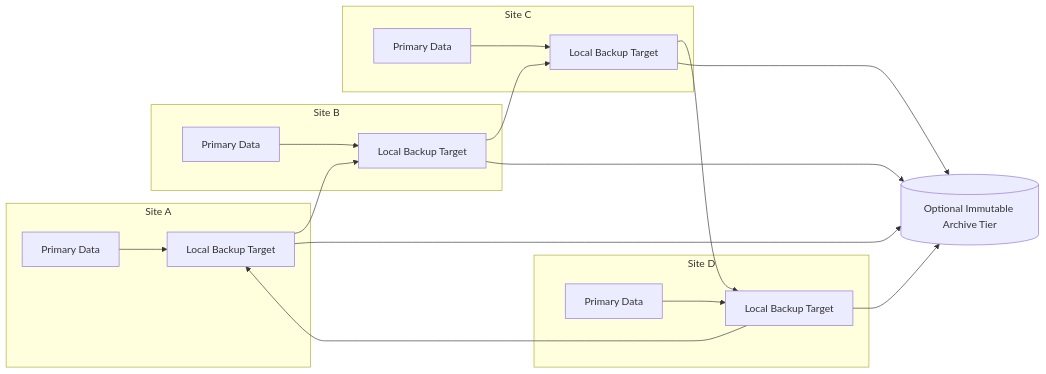
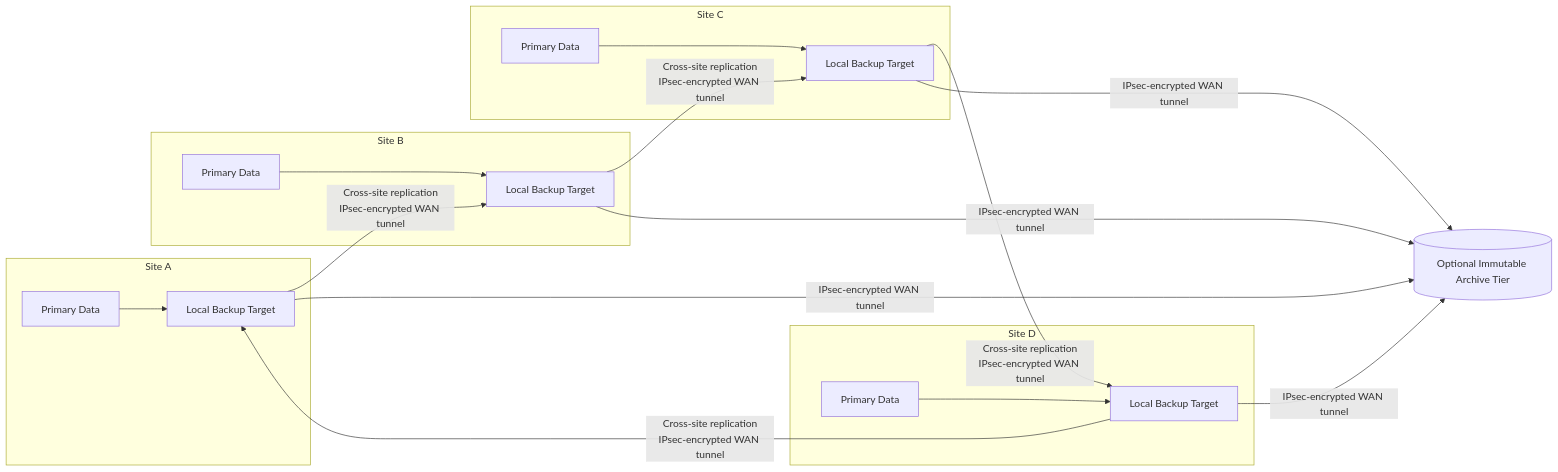
One commit to pancakesaregood/distributed-dc changed the diagram in network-spanned-dc/docs/03_diagrams/backup_dr.mmd.md. Above: the diagram before and after it, drawn with Mermaid. The commit also changed 12 other files, not shown here.

````diff
--- a/network-spanned-dc/docs/03_diagrams/backup_dr.mmd.md
+++ b/network-spanned-dc/docs/03_diagrams/backup_dr.mmd.md
@@ -3,39 +3,39 @@
 ```mermaid
 graph LR
   subgraph SA[Site A]
     A1[Primary Data]
     AB[Local Backup Target]
   end
 
   subgraph SB[Site B]
     B1[Primary Data]
     BB[Local Backup Target]
   end
 
   subgraph SC[Site C]
     C1[Primary Data]
     CB[Local Backup Target]
   end
 
   subgraph SD[Site D]
     D1[Primary Data]
     DB[Local Backup Target]
   end
 
   IMM[(Optional Immutable Archive Tier)]
 
   A1 --> AB
   B1 --> BB
   C1 --> CB
   D1 --> DB
 
-  AB --> BB
-  BB --> CB
-  CB --> DB
-  DB --> AB
+  AB -->|Cross-site replication\nIPsec-encrypted WAN tunnel| BB
+  BB -->|Cross-site replication\nIPsec-encrypted WAN tunnel| CB
+  CB -->|Cross-site replication\nIPsec-encrypted WAN tunnel| DB
+  DB -->|Cross-site replication\nIPsec-encrypted WAN tunnel| AB
 
-  AB --> IMM
-  BB --> IMM
-  CB --> IMM
-  DB --> IMM
+  AB -->|IPsec-encrypted WAN tunnel| IMM
+  BB -->|IPsec-encrypted WAN tunnel| IMM
+  CB -->|IPsec-encrypted WAN tunnel| IMM
+  DB -->|IPsec-encrypted WAN tunnel| IMM
 ```
````
